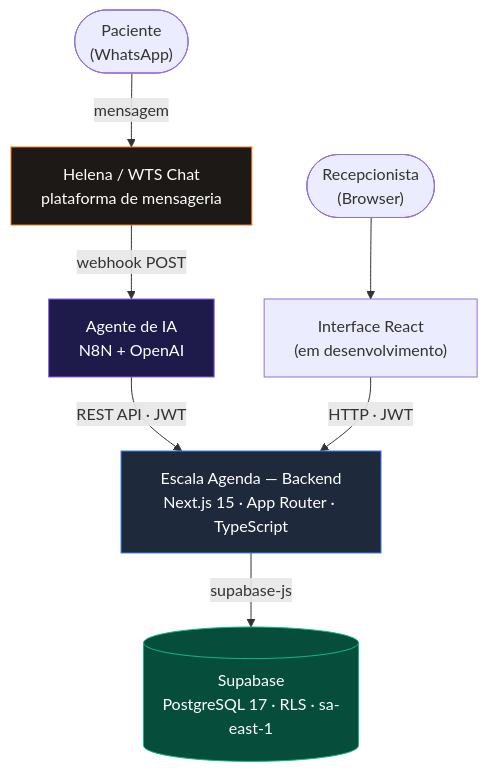
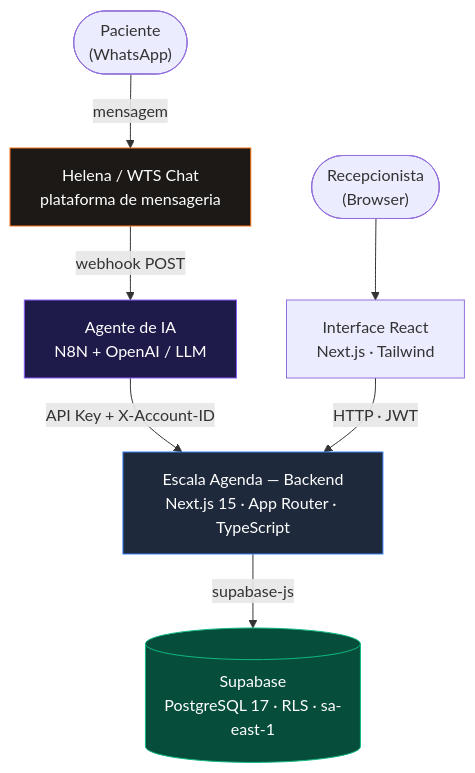
Before and after one commit to contactIA/Contact-Calendar: the first of 7 diagrams in README.md, drawn with Mermaid. The commit also changed other lines of this file, not shown here.

First line of the commit message:
docs: atualiza README com Fase 5 (Agent API) e estado atual completo

````diff
--- a/README.md
+++ b/README.md
@@ -51,26 +51,26 @@
 ```mermaid
 flowchart TD
     P(["Paciente\n(WhatsApp)"])
     R(["Recepcionista\n(Browser)"])
 
     H["Helena / WTS Chat\nplataforma de mensageria"]
-    UI["Interface React\n(em desenvolvimento)"]
+    UI["Interface React\nNext.js · Tailwind"]
 
-    AI["Agente de IA\nN8N + OpenAI"]
+    AI["Agente de IA\nN8N + OpenAI / LLM"]
 
     API["Escala Agenda — Backend\nNext.js 15 · App Router · TypeScript"]
 
     DB[("Supabase\nPostgreSQL 17 · RLS · sa-east-1")]
 
     P -->|mensagem| H
     H -->|webhook POST| AI
-    AI -->|REST API · JWT| API
+    AI -->|API Key + X-Account-ID| API
     R --> UI
     UI -->|HTTP · JWT| API
     API -->|supabase-js| DB
 
     style API fill:#1e293b,color:#fff,stroke:#3b82f6
     style DB fill:#064e3b,color:#fff,stroke:#10b981
     style AI fill:#1e1b4b,color:#fff,stroke:#8b5cf6
     style H fill:#1c1917,color:#fff,stroke:#f97316
 ```
````
